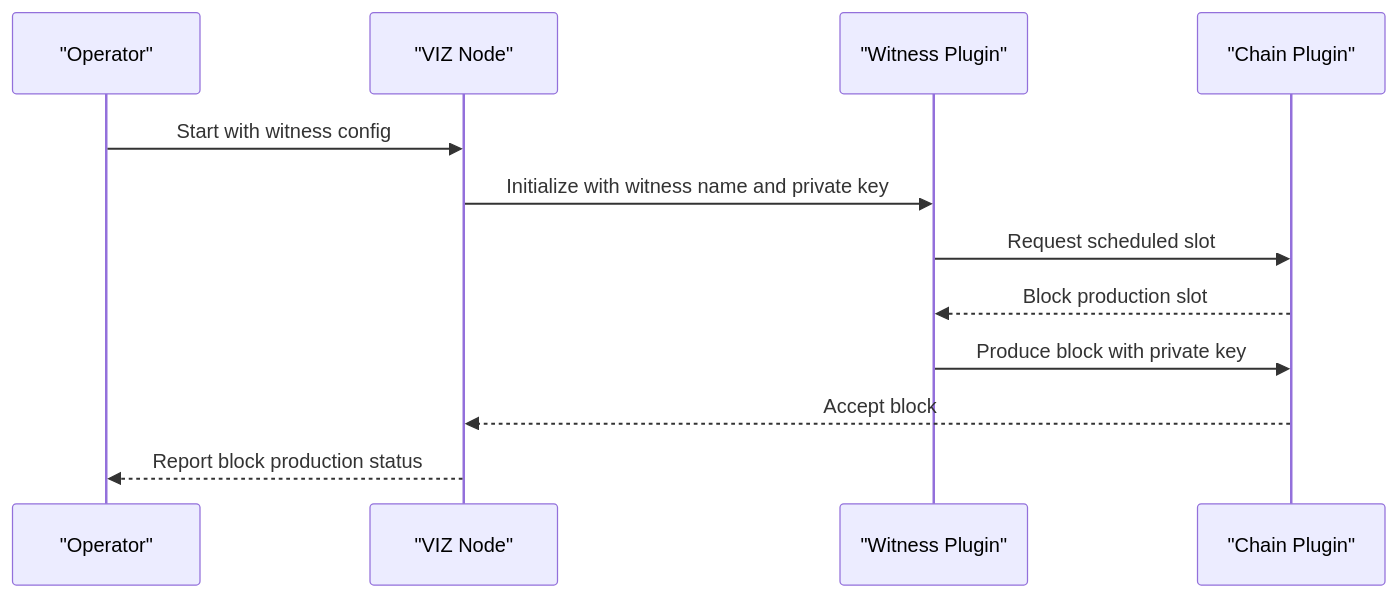
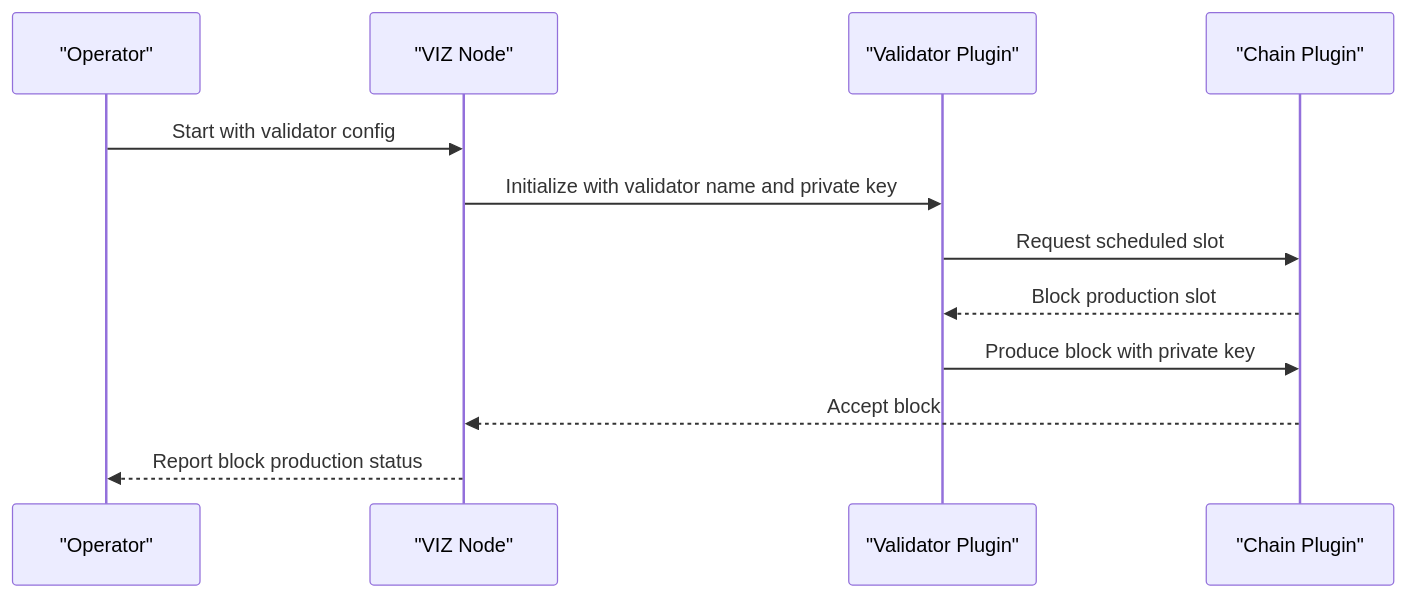
Before and after one commit to VIZ-Blockchain/viz-cpp-node: the third of 5 diagrams in .qoder/repowiki/en/content/Deployment and Operations/Node Deployment/Node Types and Configurations.md, drawn with Mermaid. The commit also changed other lines of this file and 88 other files, not shown here.

First line of the commit message:
docs(validator): rename witness to validator throughout documentation

````diff
--- a/.qoder/repowiki/en/content/Deployment and Operations/Node Deployment/Node Types and Configurations.md
+++ b/.qoder/repowiki/en/content/Deployment and Operations/Node Deployment/Node Types and Configurations.md
@@ -217,14 +217,14 @@
 ```mermaid
 sequenceDiagram
 participant Operator as "Operator"
 participant Node as "VIZ Node"
-participant Witness as "Witness Plugin"
+participant validator as "Validator Plugin"
 participant Chain as "Chain Plugin"
-Operator->>Node : Start with witness config
-Node->>Witness : Initialize with witness name and private key
-Witness->>Chain : Request scheduled slot
-Chain-->>Witness : Block production slot
-Witness->>Chain : Produce block with private key
+Operator->>Node : Start with validator config
+Node->>validator : Initialize with validator name and private key
+validator->>Chain : Request scheduled slot
+Chain-->>validator : Block production slot
+validator->>Chain : Produce block with private key
 Chain-->>Node : Accept block
 Node-->>Operator : Report block production status
 ```
````
